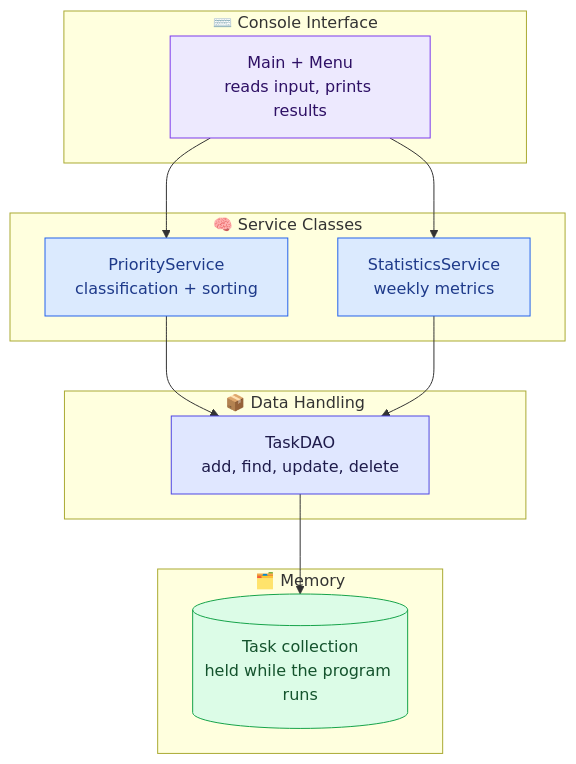
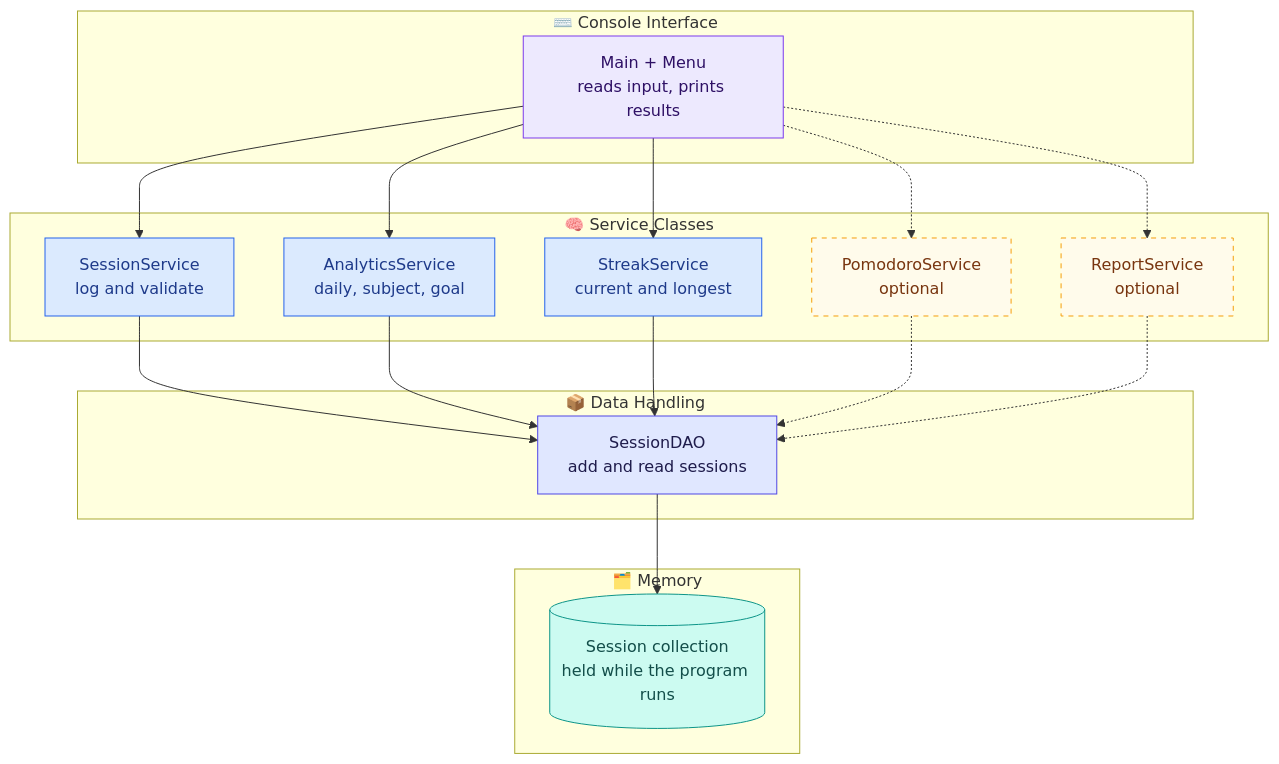
One commit to sushantshetty09/FocusFlow changed the second of 2 diagrams in README.md. Above: the diagram before and after it, drawn with Mermaid. The commit also changed other lines of this file, not shown here.

````diff
--- a/README.md
+++ b/README.md
@@ -153,32 +159,43 @@
 ```mermaid
 flowchart TB
     subgraph CI["⌨️ Console Interface"]
         UI["Main + Menu<br/>reads input, prints results"]
     end
     subgraph SV["🧠 Service Classes"]
-        PS["PriorityService<br/>classification + sorting"]
-        SS["StatisticsService<br/>weekly metrics"]
+        SES["SessionService<br/>log and validate"]
+        AN["AnalyticsService<br/>daily, subject, goal"]
+        ST["StreakService<br/>current and longest"]
+        PO["PomodoroService<br/>optional"]
+        RP["ReportService<br/>optional"]
     end
     subgraph DH["📦 Data Handling"]
-        DAO["TaskDAO<br/>add, find, update, delete"]
+        DAO["SessionDAO<br/>add and read sessions"]
     end
-    subgraph ST["🗂️ Memory"]
-        MEM[("Task collection<br/>held while the program runs")]
+    subgraph MM["🗂️ Memory"]
+        MEM[("Session collection<br/>held while the program runs")]
     end
 
-    UI --> PS
-    UI --> SS
-    PS --> DAO
-    SS --> DAO
+    UI --> SES
+    UI --> AN
+    UI --> ST
+    UI -.-> PO
+    UI -.-> RP
+    SES --> DAO
+    AN --> DAO
+    ST --> DAO
+    PO -.-> DAO
+    RP -.-> DAO
     DAO --> MEM
 
     classDef ui fill:#EDE9FE,stroke:#7C3AED,color:#2E1065
     classDef logic fill:#DBEAFE,stroke:#2563EB,color:#1E3A8A
     classDef data fill:#E0E7FF,stroke:#4F46E5,color:#1E1B4B
-    classDef store fill:#DCFCE7,stroke:#16A34A,color:#14532D
+    classDef store fill:#CCFBF1,stroke:#0D9488,color:#134E4A
+    classDef stretch fill:#FFFBEB,stroke:#F59E0B,color:#78350F,stroke-dasharray: 5 5
 
     class UI ui
-    class PS,SS logic
+    class SES,AN,ST logic
     class DAO data
     class MEM store
+    class PO,RP stretch
 ```
````
